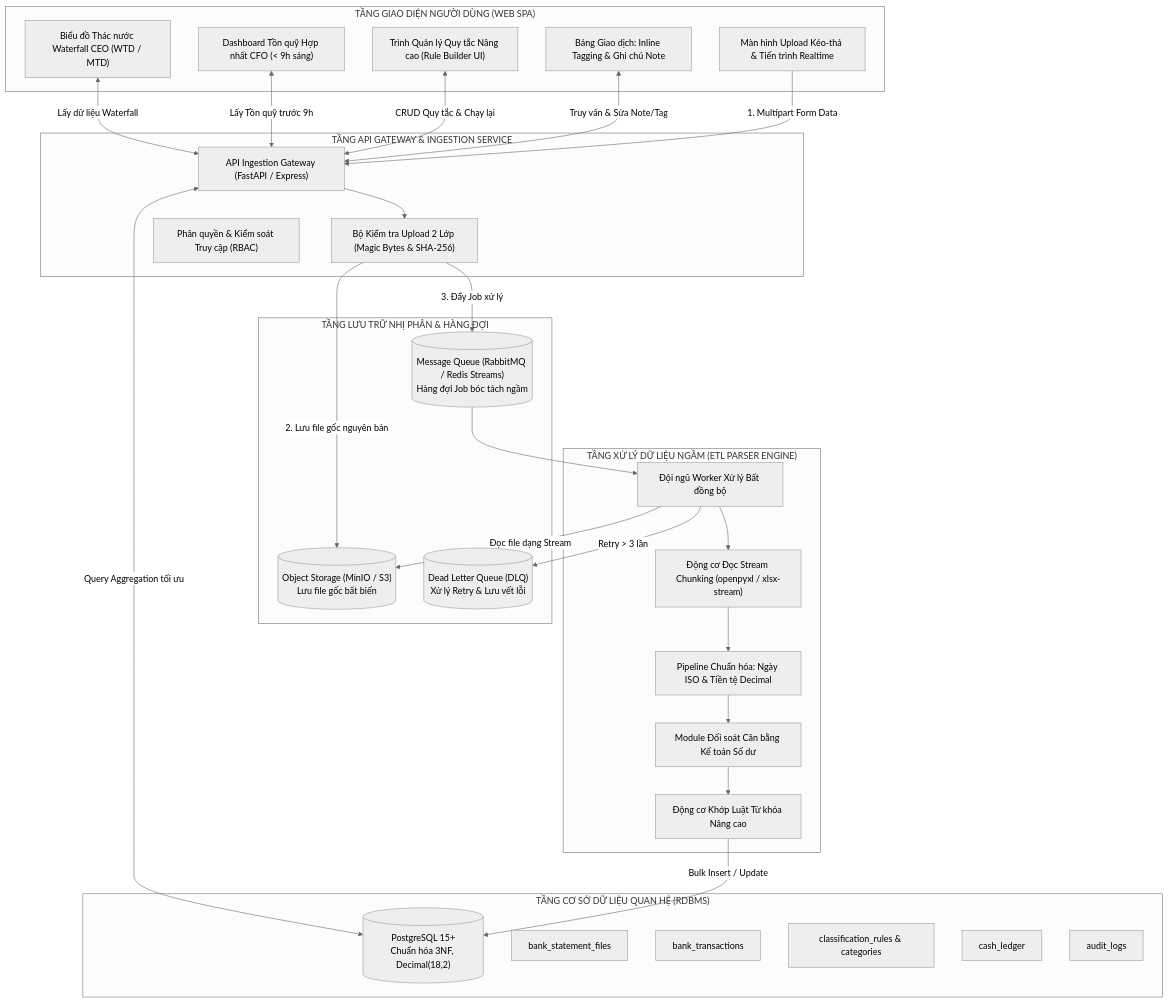
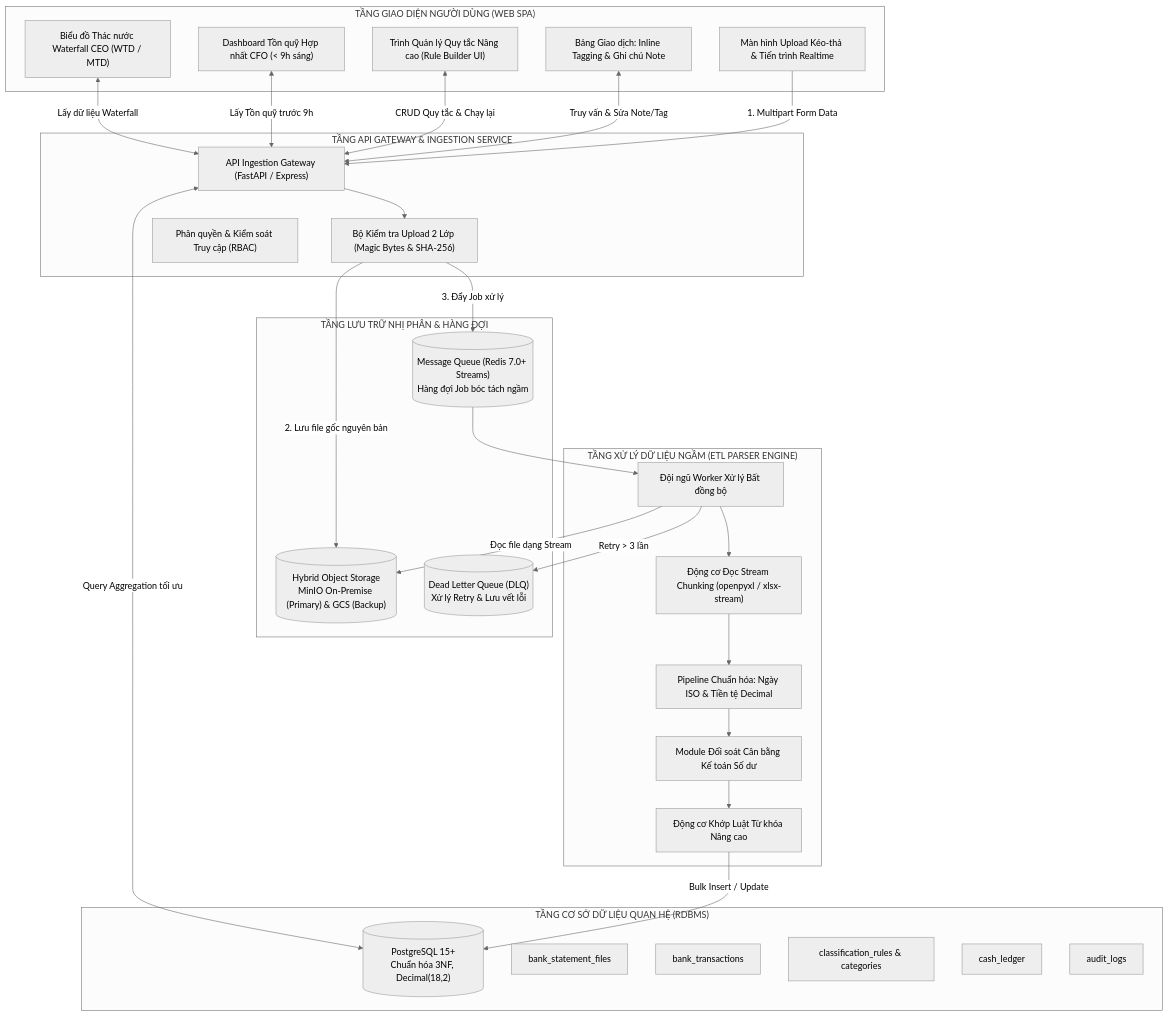
One commit to nlcnhung024/treasury_system changed the diagram in docs/architecture_spec.md. Above: the diagram before and after it, drawn with Mermaid (neutral theme). The commit also changed other lines of this file and 74 other files, not shown here.

````diff
--- a/docs/architecture_spec.md
+++ b/docs/architecture_spec.md
@@ -15,56 +15,56 @@
 ```mermaid
 flowchart TD
     subgraph ClientLayer["TẦNG GIAO DIỆN NGƯỜI DÙNG (WEB SPA)"]
         UI_Upload["Màn hình Upload Kéo-thả & Tiến trình Realtime"]
         UI_Table["Bảng Giao dịch: Inline Tagging & Ghi chú Note"]
         UI_Rules["Trình Quản lý Quy tắc Nâng cao (Rule Builder UI)"]
         UI_CFO["Dashboard Tồn quỹ Hợp nhất CFO (< 9h sáng)"]
         UI_CEO["Biểu đồ Thác nước Waterfall CEO (WTD / MTD)"]
     end
 
     subgraph APILayer["TẦNG API GATEWAY & INGESTION SERVICE"]
         API_Gate["API Ingestion Gateway (FastAPI / Express)"]
         Val_Module["Bộ Kiểm tra Upload 2 Lớp (Magic Bytes & SHA-256)"]
         Auth_RBAC["Phân quyền & Kiểm soát Truy cập (RBAC)"]
     end
 
     subgraph StorageQueue["TẦNG LƯU TRỮ NHỊ PHÂN & HÀNG ĐỢI"]
-        Obj_Store[("Object Storage (MinIO / S3)<br/>Lưu file gốc bất biến")]
-        Msg_Queue[("Message Queue (RabbitMQ / Redis Streams)<br/>Hàng đợi Job bóc tách ngầm")]
+        Obj_Store[("Hybrid Object Storage<br/>MinIO On-Premise (Primary) & GCS (Backup)")]
+        Msg_Queue[("Message Queue (Redis 7.0+ Streams)<br/>Hàng đợi Job bóc tách ngầm")]
         DLQ[("Dead Letter Queue (DLQ)<br/>Xử lý Retry & Lưu vết lỗi")]
     end
 
     subgraph WorkerLayer["TẦNG XỬ LÝ DỮ LIỆU NGẦM (ETL PARSER ENGINE)"]
         Worker_Pool["Đội ngũ Worker Xử lý Bất đồng bộ"]
         Stream_Parser["Động cơ Đọc Stream Chunking (openpyxl / xlsx-stream)"]
         Clean_Engine["Pipeline Chuẩn hóa: Ngày ISO & Tiền tệ Decimal"]
         Recon_Engine["Module Đối soát Cân bằng Kế toán Số dư"]
         Rule_Engine["Động cơ Khớp Luật Từ khóa Nâng cao"]
     end
 
     subgraph DataLayer["TẦNG CƠ SỞ DỮ LIỆU QUAN HỆ (RDBMS)"]
         PG_DB[("PostgreSQL 15+<br/>Chuẩn hóa 3NF, Decimal(18,2)")]
         Table_Files["bank_statement_files"]
         Table_Trans["bank_transactions"]
         Table_Rules["classification_rules & categories"]
         Table_Cash["cash_ledger"]
         Table_Audit["audit_logs"]
     end
 
     %% Luồng kết nối
     UI_Upload -->|1. Multipart Form Data| API_Gate
     API_Gate --> Val_Module
     Val_Module -->|2. Lưu file gốc nguyên bản| Obj_Store
     Val_Module -->|3. Đẩy Job xử lý| Msg_Queue
     Msg_Queue --> Worker_Pool
     Worker_Pool -->|Retry > 3 lần| DLQ
     Worker_Pool -->|Đọc file dạng Stream| Obj_Store
     Worker_Pool --> Stream_Parser --> Clean_Engine --> Recon_Engine --> Rule_Engine
     Rule_Engine -->|Bulk Insert / Update| PG_DB
     
     UI_Table <-->|Truy vấn & Sửa Note/Tag| API_Gate
     UI_Rules <-->|CRUD Quy tắc & Chạy lại| API_Gate
     UI_CFO <-->|Lấy Tồn quỹ trước 9h| API_Gate
     UI_CEO <-->|Lấy dữ liệu Waterfall| API_Gate
     API_Gate <-->|Query Aggregation tối ưu| PG_DB
 ```
````
